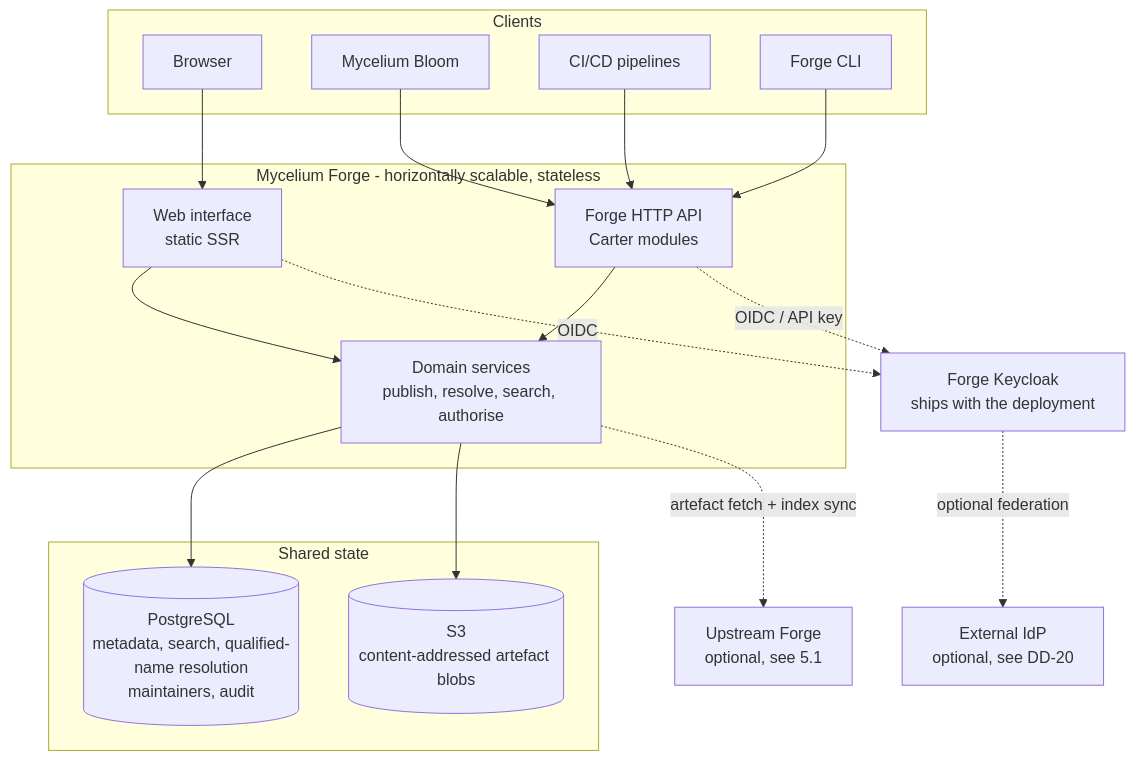
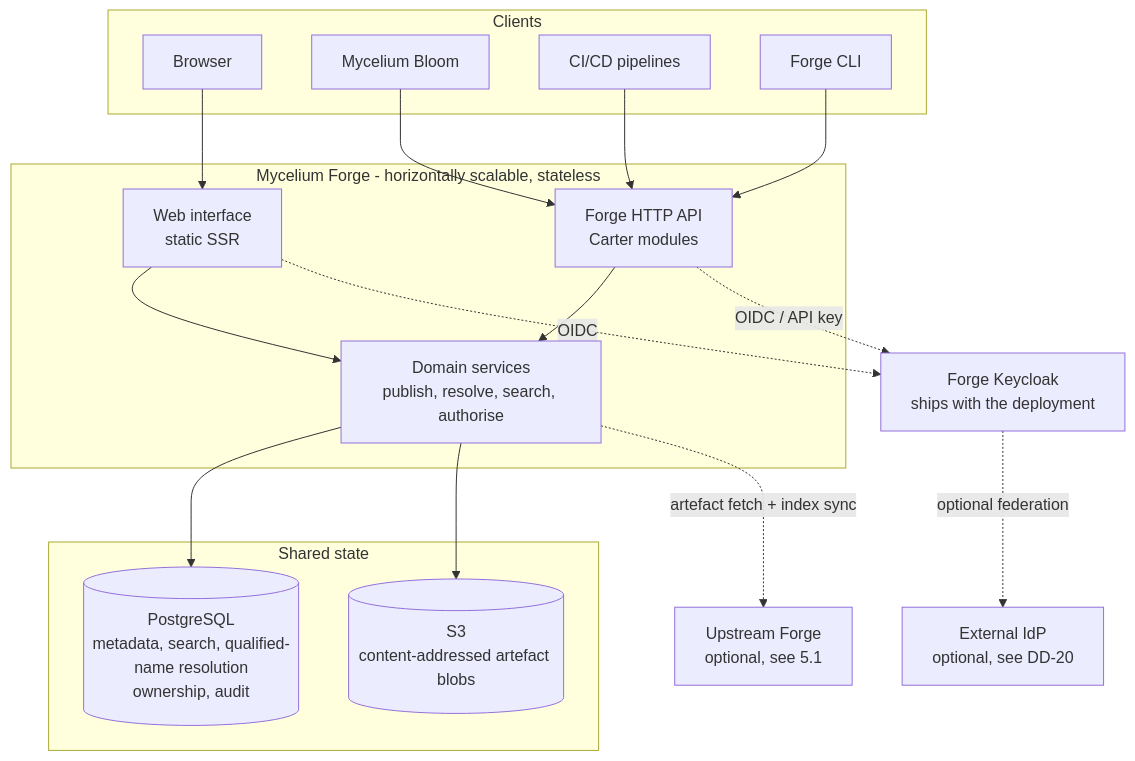
The diagram in docs/design.md (mycelium-cmbse/mycelium-forge), drawn with Mermaid before and after one commit. The commit also changed other lines of this file and 1 other file, not shown here.

````diff
--- a/docs/design.md
+++ b/docs/design.md
@@ -130,37 +95,37 @@
 ```mermaid
 flowchart TB
     subgraph clients [Clients]
         browser[Browser]
         bloom[Mycelium Bloom]
         ci[CI/CD pipelines]
         cli[Forge CLI]
     end
 
     subgraph forge [Mycelium Forge - horizontally scalable, stateless]
         ui[Web interface<br/>static SSR]
         api[Forge HTTP API<br/>Carter modules]
         domain[Domain services<br/>publish, resolve, search, authorise]
     end
 
     subgraph state [Shared state]
-        pg[("PostgreSQL<br/>metadata, search, qualified-name resolution<br/>maintainers, audit")]
+        pg[("PostgreSQL<br/>metadata, search, qualified-name resolution<br/>ownership, audit")]
         s3[("S3<br/>content-addressed artefact blobs")]
     end
 
     kc[Forge Keycloak<br/>ships with the deployment]
     ext[External IdP<br/>optional, see DD-20]
     upstream[Upstream Forge<br/>optional, see 5.1]
 
     browser --> ui
     bloom --> api
     ci --> api
     cli --> api
     ui --> domain
     api --> domain
     domain --> pg
     domain --> s3
     ui -.OIDC.-> kc
     api -.OIDC / API key.-> kc
     kc -.optional federation.-> ext
     domain -.artefact fetch + index sync.-> upstream
 ```
````
